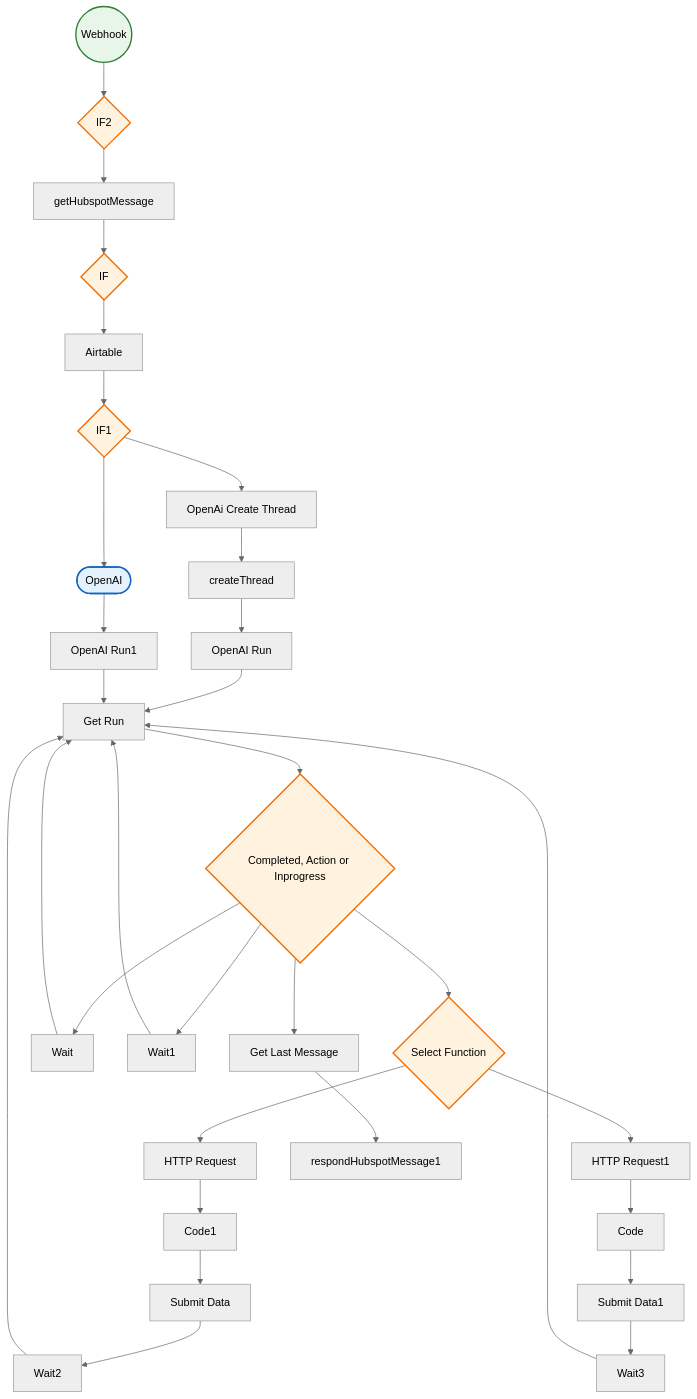
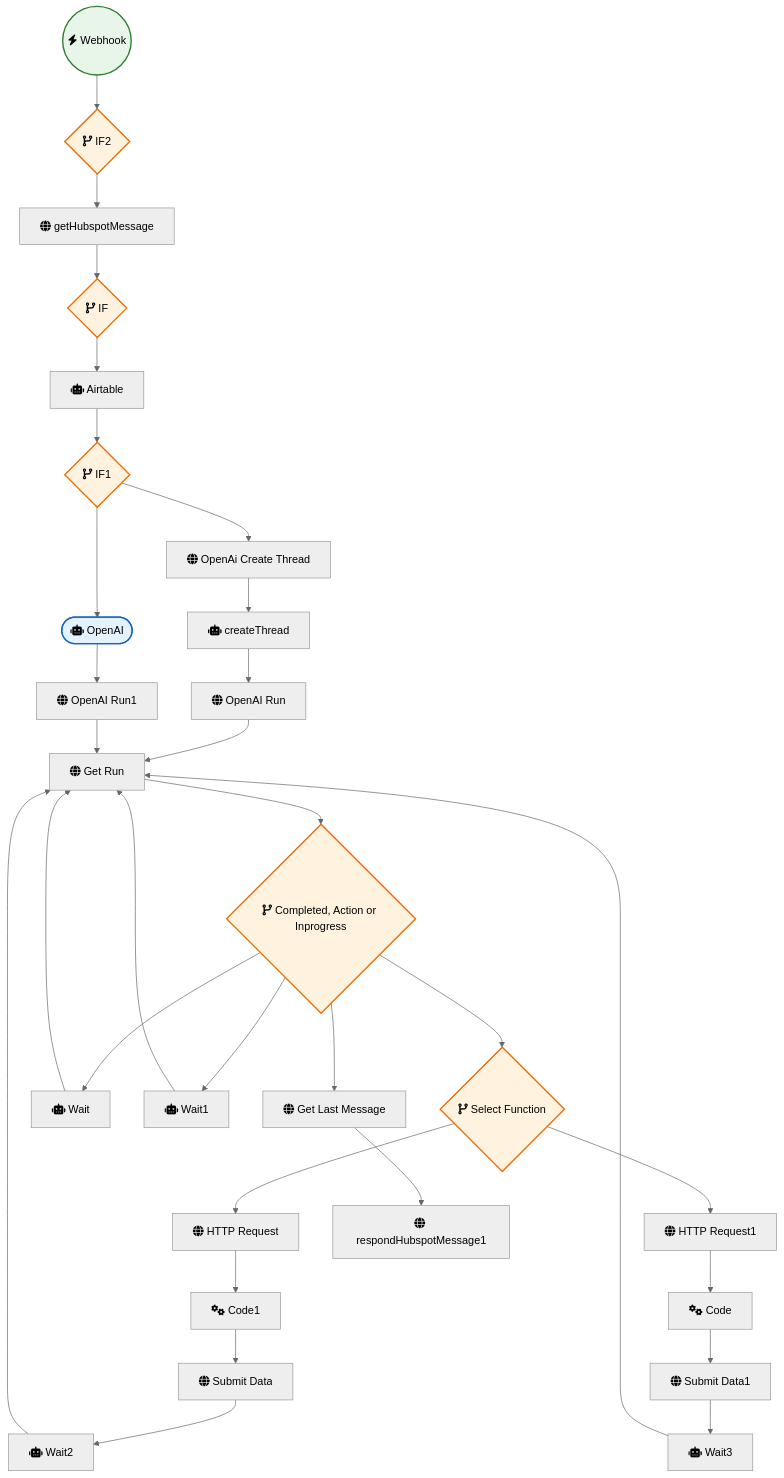
Before and after one commit to sreyash3105/N8N-DEMO-AUTOMATIONS: the diagram in Airtable/Openai Assistant for Hubspot Chat.md, drawn with Mermaid (neutral theme). The commit also changed 291 other files, not shown here.

````diff
--- a/Airtable/Openai Assistant for Hubspot Chat.md
+++ b/Airtable/Openai Assistant for Hubspot Chat.md
@@ -1,64 +1,64 @@
 ```mermaid
 graph TD
     classDef trigger fill:#e8f5e9,stroke:#2e7d32,stroke-width:2px;
     classDef ai fill:#e3f2fd,stroke:#1565c0,stroke-width:2px;
     classDef logic fill:#fff3e0,stroke:#ef6c00,stroke-width:2px;
 
-    getHubspotMessage["getHubspotMessage"]
-    OpenAi_Create_Thread["OpenAi Create Thread"]
-    OpenAI_Run["OpenAI Run"]
-    Get_Run["Get Run"]
-    Get_Last_Message["Get Last Message"]
-    HTTP_Request["HTTP Request"]
-    Completed__Action_or_Inprogress{"Completed, Action or Inprogress"}:::logic
-    Wait["Wait"]
-    Wait1["Wait1"]
-    Submit_Data["Submit Data"]
-    Select_Function{"Select Function"}:::logic
-    Code1["Code1"]
-    Wait2["Wait2"]
-    HTTP_Request1["HTTP Request1"]
-    Code["Code"]
-    Submit_Data1["Submit Data1"]
-    Wait3["Wait3"]
-    respondHubspotMessage1["respondHubspotMessage1"]
-    IF{"IF"}:::logic
-    Airtable["Airtable"]
-    IF1{"IF1"}:::logic
-    createThread["createThread"]
-    OpenAI_Run1["OpenAI Run1"]
-    IF2{"IF2"}:::logic
-    OpenAI(["OpenAI"]):::ai
-    Webhook(("Webhook")):::trigger
+    getHubspotMessage["fas:fa-globe getHubspotMessage"]
+    OpenAi_Create_Thread["fas:fa-globe OpenAi Create Thread"]
+    OpenAI_Run["fas:fa-globe OpenAI Run"]
+    Get_Run["fas:fa-globe Get Run"]
+    Get_Last_Message["fas:fa-globe Get Last Message"]
+    HTTP_Request["fas:fa-globe HTTP Request"]
+    Completed__Action_or_Inprogress{"fas:fa-code-branch Completed, Action or Inprogress"}:::logic
+    Wait["fas:fa-robot Wait"]
+    Wait1["fas:fa-robot Wait1"]
+    Submit_Data["fas:fa-globe Submit Data"]
+    Select_Function{"fas:fa-code-branch Select Function"}:::logic
+    Code1["fas:fa-cogs Code1"]
+    Wait2["fas:fa-robot Wait2"]
+    HTTP_Request1["fas:fa-globe HTTP Request1"]
+    Code["fas:fa-cogs Code"]
+    Submit_Data1["fas:fa-globe Submit Data1"]
+    Wait3["fas:fa-robot Wait3"]
+    respondHubspotMessage1["fas:fa-globe respondHubspotMessage1"]
+    IF{"fas:fa-code-branch IF"}:::logic
+    Airtable["fas:fa-robot Airtable"]
+    IF1{"fas:fa-code-branch IF1"}:::logic
+    createThread["fas:fa-robot createThread"]
+    OpenAI_Run1["fas:fa-globe OpenAI Run1"]
+    IF2{"fas:fa-code-branch IF2"}:::logic
+    OpenAI(["fas:fa-robot OpenAI"]):::ai
+    Webhook(("fas:fa-bolt Webhook")):::trigger
 
     IF --> Airtable
     IF1 --> OpenAi_Create_Thread
     IF1 --> OpenAI
     IF2 --> getHubspotMessage
     Code --> Submit_Data1
     Wait --> Get_Run
     Code1 --> Submit_Data
     Wait1 --> Get_Run
     Wait2 --> Get_Run
     Wait3 --> Get_Run
     OpenAI --> OpenAI_Run1
     Get_Run --> Completed__Action_or_Inprogress
     Webhook --> IF2
     Airtable --> IF1
     OpenAI_Run --> Get_Run
     OpenAI_Run1 --> Get_Run
     Submit_Data --> Wait2
     HTTP_Request --> Code1
     Submit_Data1 --> Wait3
     createThread --> OpenAI_Run
     HTTP_Request1 --> Code
     Select_Function --> HTTP_Request
     Select_Function --> HTTP_Request1
     Get_Last_Message --> respondHubspotMessage1
     getHubspotMessage --> IF
     OpenAi_Create_Thread --> createThread
     Completed__Action_or_Inprogress --> Get_Last_Message
     Completed__Action_or_Inprogress --> Select_Function
     Completed__Action_or_Inprogress --> Wait1
     Completed__Action_or_Inprogress --> Wait
 ```
````
